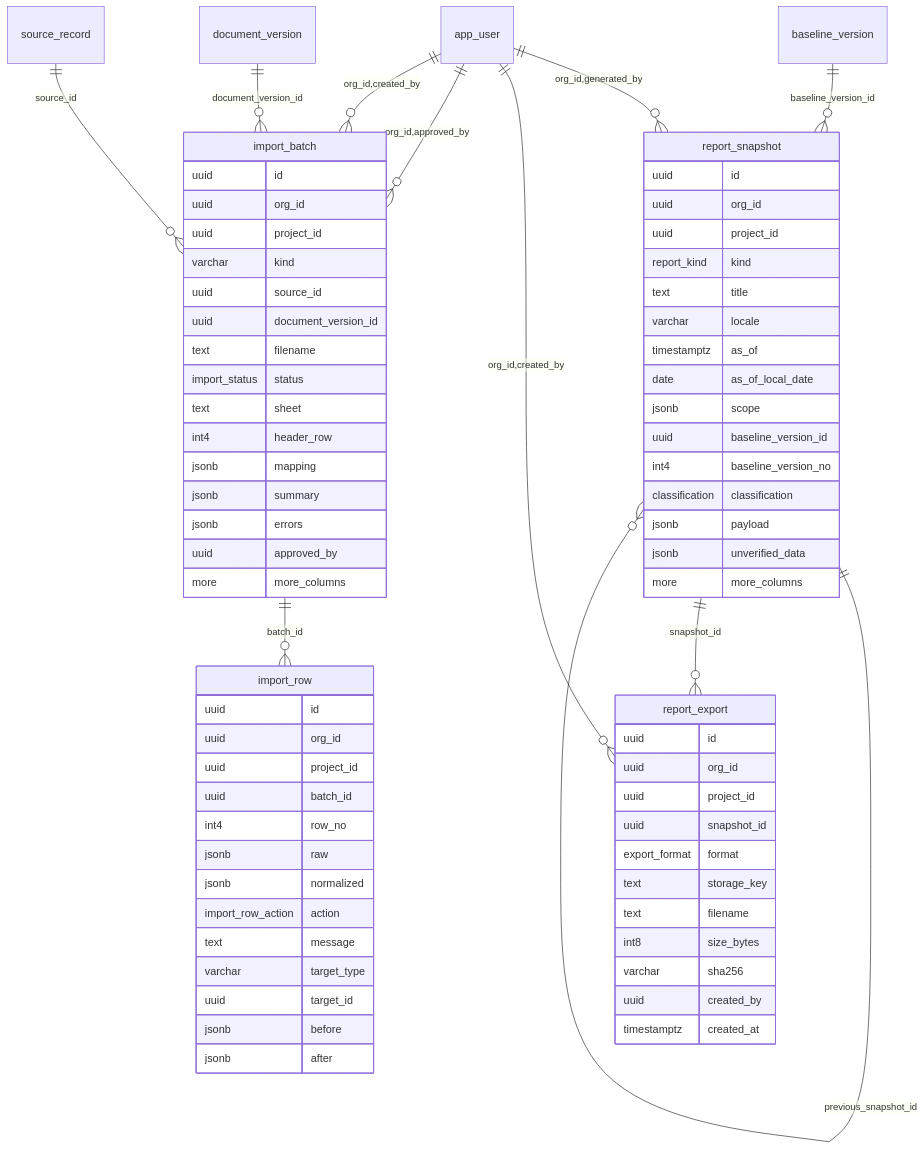
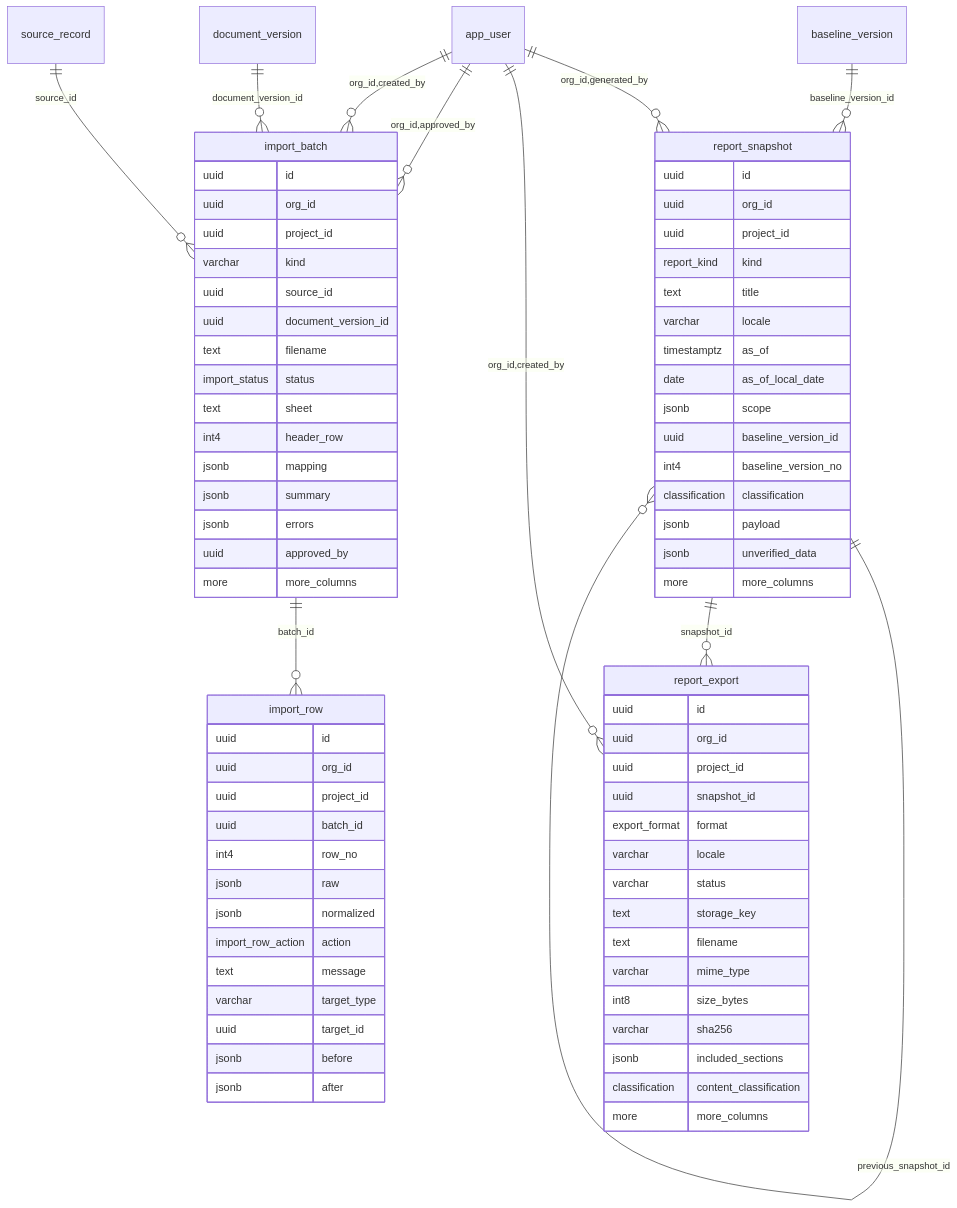
Before and after one commit to ghanemn94-rgb/My-owns: the tenth of 12 diagrams in transformation-hub/docs/architecture/erd.md, drawn with Mermaid. The commit also changed 25 other files, not shown here.

````diff
--- a/transformation-hub/docs/architecture/erd.md
+++ b/transformation-hub/docs/architecture/erd.md
@@ -2159,75 +2159,79 @@
 ```mermaid
 erDiagram
   report_snapshot {
     uuid id
     uuid org_id
     uuid project_id
     report_kind kind
     text title
     varchar locale
     timestamptz as_of
     date as_of_local_date
     jsonb scope
     uuid baseline_version_id
     int4 baseline_version_no
     classification classification
     jsonb payload
     jsonb unverified_data
     more more_columns
   }
   report_export {
     uuid id
     uuid org_id
     uuid project_id
     uuid snapshot_id
     export_format format
+    varchar locale
+    varchar status
     text storage_key
     text filename
+    varchar mime_type
     int8 size_bytes
     varchar sha256
-    uuid created_by
-    timestamptz created_at
+    jsonb included_sections
+    classification content_classification
+    more more_columns
   }
   import_batch {
     uuid id
     uuid org_id
     uuid project_id
     varchar kind
     uuid source_id
     uuid document_version_id
     text filename
     import_status status
     text sheet
     int4 header_row
     jsonb mapping
     jsonb summary
     jsonb errors
     uuid approved_by
     more more_columns
   }
   import_row {
     uuid id
     uuid org_id
     uuid project_id
     uuid batch_id
     int4 row_no
     jsonb raw
     jsonb normalized
     import_row_action action
     text message
     varchar target_type
     uuid target_id
     jsonb before
     jsonb after
   }
   app_user ||--o{ report_snapshot : "org_id,generated_by"
   baseline_version ||--o{ report_snapshot : "baseline_version_id"
   report_snapshot ||--o{ report_snapshot : "previous_snapshot_id"
   app_user ||--o{ report_export : "org_id,created_by"
   report_snapshot ||--o{ report_export : "snapshot_id"
   app_user ||--o{ import_batch : "org_id,approved_by"
   app_user ||--o{ import_batch : "org_id,created_by"
   document_version ||--o{ import_batch : "document_version_id"
   source_record ||--o{ import_batch : "source_id"
   import_batch ||--o{ import_row : "batch_id"
 ```
````
